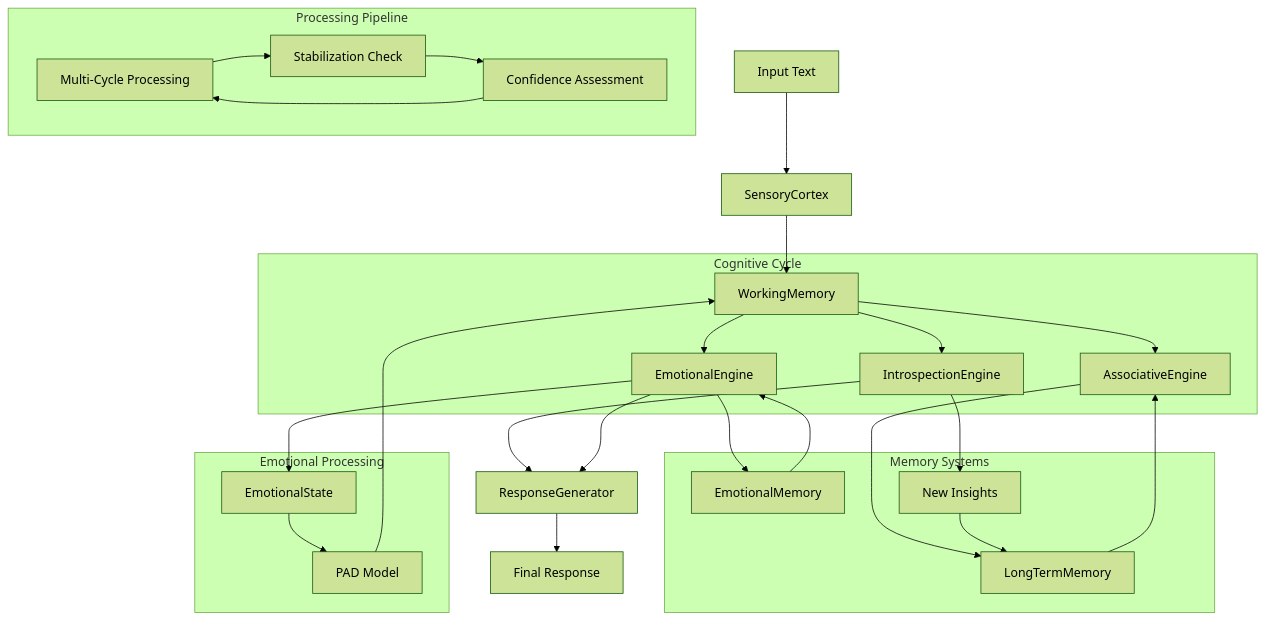
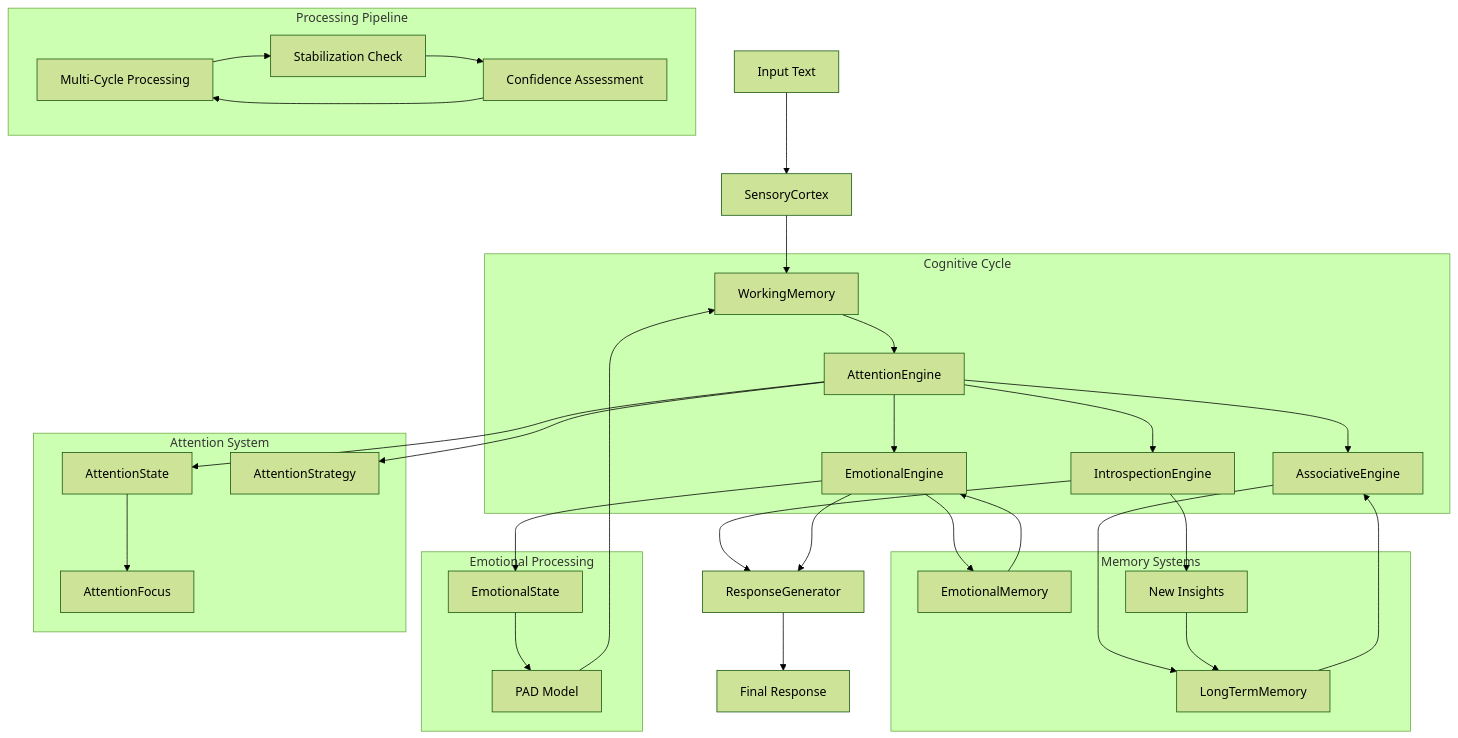
Before and after one commit to netsky-devel/Metacognitive-Engine-AI-Consciousness-Simulation: the diagram in ARCHITECTURE.md, drawn with Mermaid (forest theme). The commit also changed other lines of this file and 2 other files, not shown here.

````diff
--- a/ARCHITECTURE.md
+++ b/ARCHITECTURE.md
@@ -13,49 +13,61 @@
 ```mermaid
 graph TB
     A[Input Text] --> B[SensoryCortex]
     B --> C[WorkingMemory]
-    C --> D[AssociativeEngine]
-    C --> E[IntrospectionEngine]
-    C --> N[EmotionalEngine]
+    C --> M[AttentionEngine]
+    M --> D[AssociativeEngine]
+    M --> E[IntrospectionEngine]
+    M --> N[EmotionalEngine]
     D --> F[LongTermMemory]
     E --> G[ResponseGenerator]
     N --> G
     N --> O[EmotionalMemory]
     F --> D
     E --> H[New Insights]
     O --> N
     H --> F
     G --> I[Final Response]
     
     subgraph "Cognitive Cycle"
         C
+        M
         D
         E
         N
     end
     
     subgraph "Memory Systems"
         F
         H
         O
     end
     
     subgraph "Emotional Processing"
         N
         O
         P[EmotionalState]
         Q[PAD Model]
         N --> P
         P --> Q
         Q --> C
     end
     
+    subgraph "Attention System"
+        M
+        R[AttentionState]
+        S[AttentionFocus]
+        T[AttentionStrategy]
+        M --> R
+        R --> S
+        M --> T
+    end
+    
     subgraph "Processing Pipeline"
         J[Multi-Cycle Processing]
         K[Stabilization Check]
         L[Confidence Assessment]
         J --> K
         K --> L
         L --> J
     end
 ```
````
